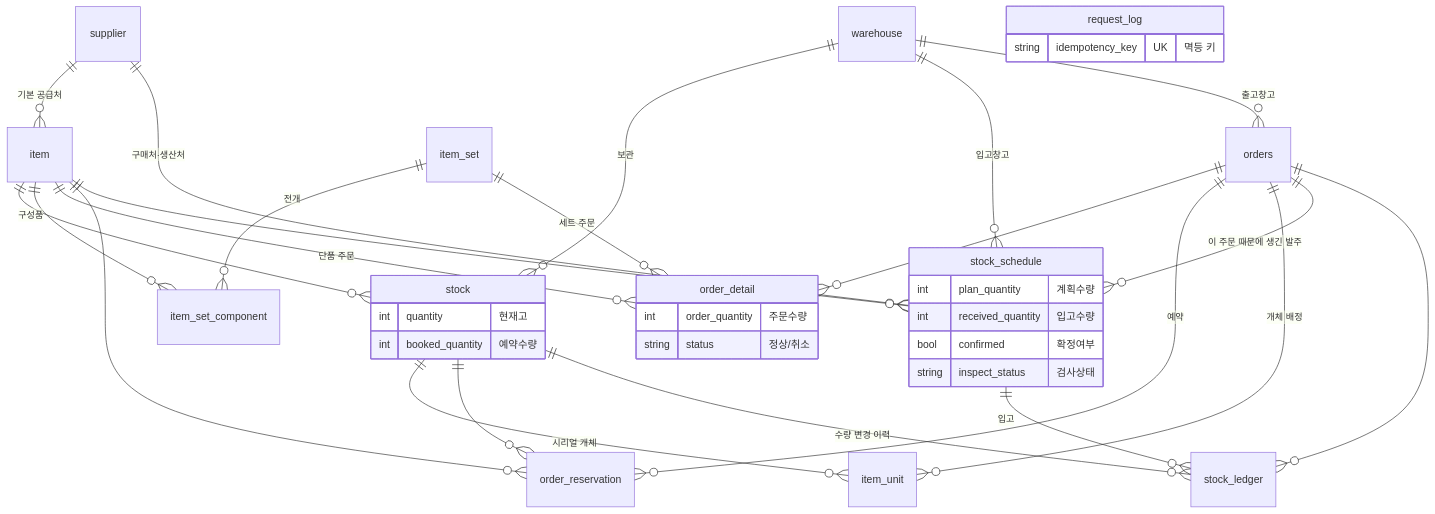
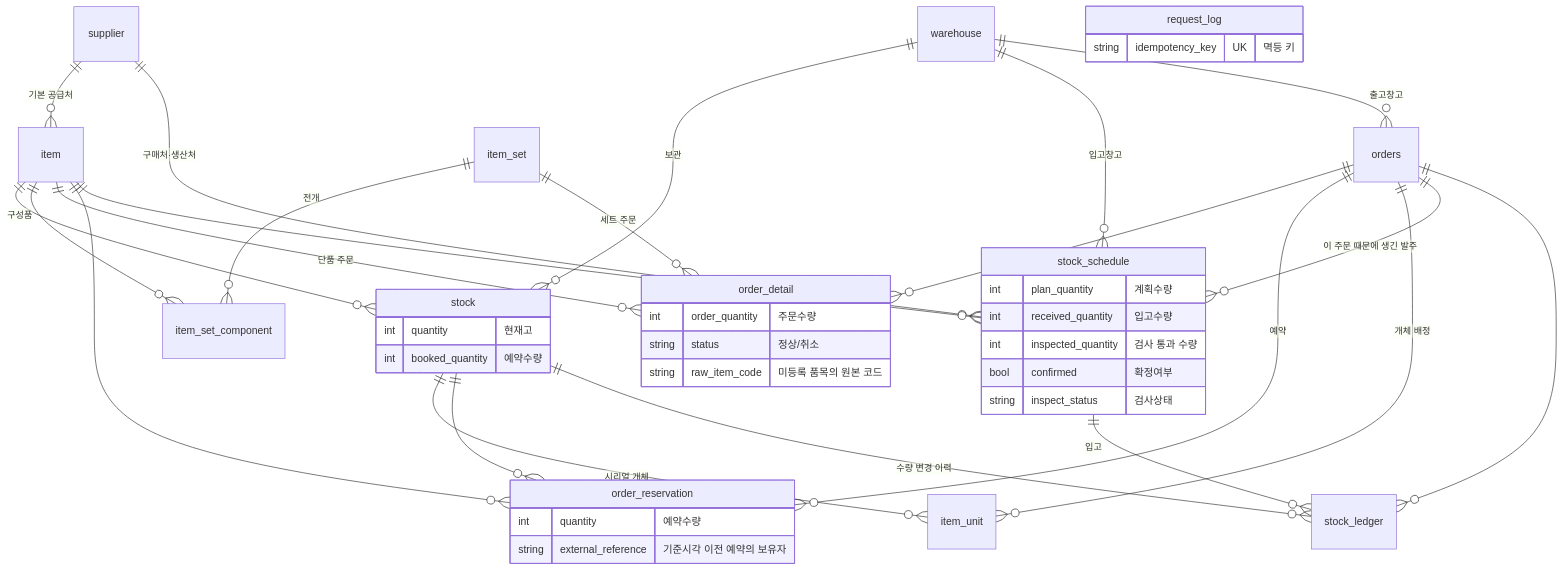
The diagram in README.md (isylsy166/G-Cube-Space-Test), drawn with Mermaid before and after one commit. The commit also changed other lines of this file and 45 other files, not shown here.

````diff
--- a/README.md
+++ b/README.md
@@ -302,42 +380,48 @@
 ```mermaid
 erDiagram
     supplier          ||--o{ item             : "기본 공급처"
     supplier          ||--o{ stock_schedule   : "구매처·생산처"
     warehouse         ||--o{ stock            : "보관"
     warehouse         ||--o{ stock_schedule   : "입고창고"
     warehouse         ||--o{ orders           : "출고창고"
     item              ||--o{ stock            : ""
     item              ||--o{ item_set_component : "구성품"
     item              ||--o{ order_detail     : "단품 주문"
     item              ||--o{ order_reservation : ""
     item              ||--o{ stock_schedule   : ""
     item_set          ||--o{ item_set_component : "전개"
     item_set          ||--o{ order_detail     : "세트 주문"
     stock             ||--o{ item_unit        : "시리얼 개체"
     stock             ||--o{ order_reservation : ""
     stock             ||--o{ stock_ledger     : "수량 변경 이력"
     orders            ||--o{ order_detail     : ""
     orders            ||--o{ order_reservation : "예약"
     orders            ||--o{ item_unit        : "개체 배정"
     orders            ||--o{ stock_schedule   : "이 주문 때문에 생긴 발주"
     orders            ||--o{ stock_ledger     : ""
     stock_schedule    ||--o{ stock_ledger     : "입고"
 
     stock {
         int quantity "현재고"
         int booked_quantity "예약수량"
     }
     stock_schedule {
         int plan_quantity "계획수량"
         int received_quantity "입고수량"
+        int inspected_quantity "검사 통과 수량"
         bool confirmed "확정여부"
         string inspect_status "검사상태"
     }
     order_detail {
         int order_quantity "주문수량"
         string status "정상/취소"
+        string raw_item_code "미등록 품목의 원본 코드"
+    }
+    order_reservation {
+        int quantity "예약수량"
+        string external_reference "기준시각 이전 예약의 보유자"
     }
     request_log {
         string idempotency_key UK "멱등 키"
     }
 ```
````
